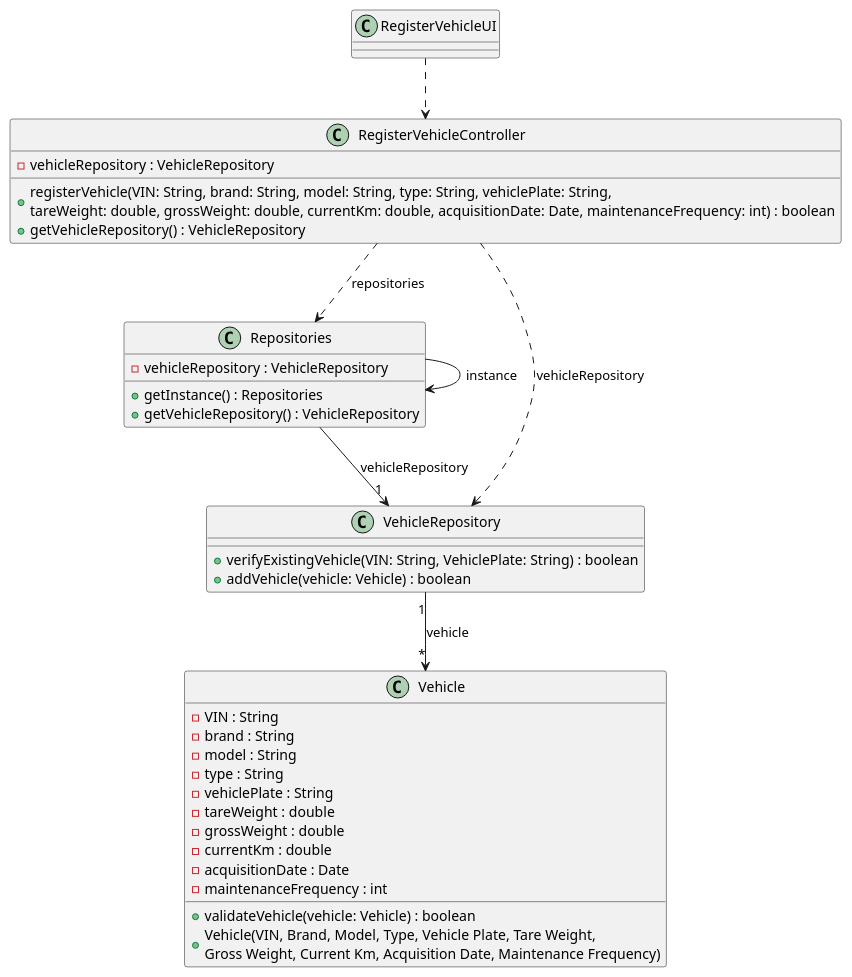
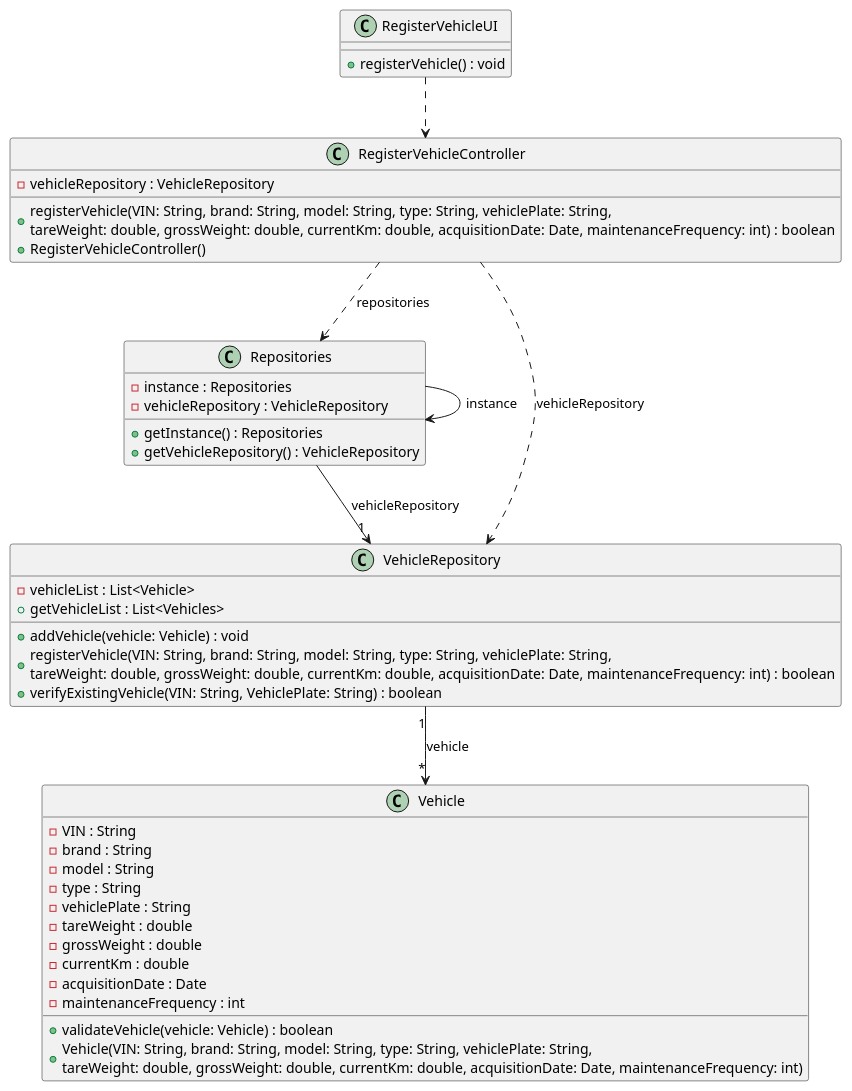
The diagram in docs/sprintB/us006/03.design/puml/us006-class-diagram.puml (ricardomm7/leaflink), drawn with PlantUML before and after one commit. The commit also changed 8 other files, not shown here.

```diff
--- a/docs/sprintB/us006/03.design/puml/us006-class-diagram.puml
+++ b/docs/sprintB/us006/03.design/puml/us006-class-diagram.puml
@@ -1,50 +1,55 @@
 @startuml
 skinparam shadowing false
 skinparam line type polyline
 
 'left to right direction
 
     class RegisterVehicleUI {
+        + registerVehicle() : void
     }
 
     class RegisterVehicleController {
         - vehicleRepository : VehicleRepository
         + registerVehicle(VIN: String, brand: String, model: String, type: String, vehiclePlate: String, \ntareWeight: double, grossWeight: double, currentKm: double, acquisitionDate: Date, maintenanceFrequency: int) : boolean
-        + getVehicleRepository() : VehicleRepository
+        + RegisterVehicleController()
     }
 
     class Repositories {
+        - instance : Repositories
         - vehicleRepository : VehicleRepository
         + getInstance() : Repositories
         + getVehicleRepository() : VehicleRepository
     }
 
     class VehicleRepository {
+        - vehicleList : List<Vehicle>
+        + getVehicleList : List<Vehicles>
+        + addVehicle(vehicle: Vehicle) : void
+        + registerVehicle(VIN: String, brand: String, model: String, type: String, vehiclePlate: String, \ntareWeight: double, grossWeight: double, currentKm: double, acquisitionDate: Date, maintenanceFrequency: int) : boolean
         + verifyExistingVehicle(VIN: String, VehiclePlate: String) : boolean
-        + addVehicle(vehicle: Vehicle) : boolean
     }
 
     class Vehicle {
         - VIN : String
         - brand : String
         - model : String
         - type : String
         - vehiclePlate : String
         - tareWeight : double
         - grossWeight : double
         - currentKm : double
         - acquisitionDate : Date
         - maintenanceFrequency : int
 
         + validateVehicle(vehicle: Vehicle) : boolean
-        + Vehicle(VIN, Brand, Model, Type, Vehicle Plate, Tare Weight, \nGross Weight, Current Km, Acquisition Date, Maintenance Frequency)
+        + Vehicle(VIN: String, brand: String, model: String, type: String, vehiclePlate: String, \ntareWeight: double, grossWeight: double, currentKm: double, acquisitionDate: Date, maintenanceFrequency: int)
     }
 
 RegisterVehicleUI ..> RegisterVehicleController
 RegisterVehicleController ..> Repositories: repositories
 Repositories --> Repositories: instance
 RegisterVehicleController ..> VehicleRepository: vehicleRepository
 Repositories --> "1"VehicleRepository: vehicleRepository
 VehicleRepository "1"-->"*" Vehicle: vehicle
 
 @enduml
```
